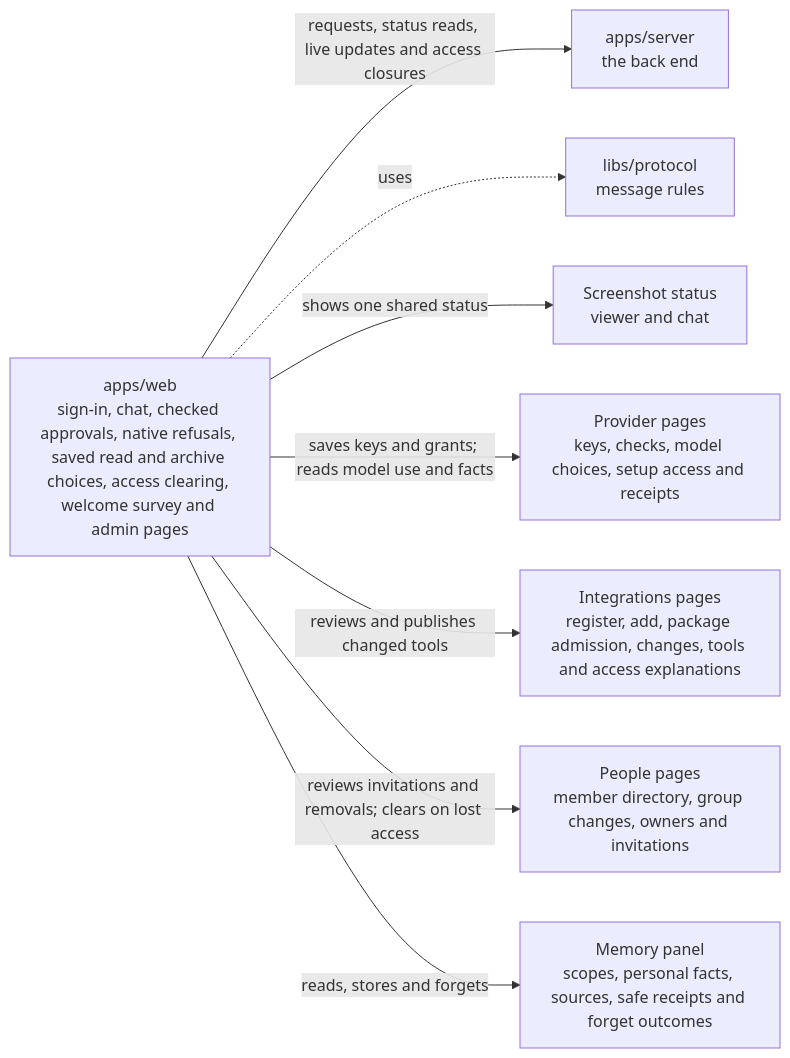
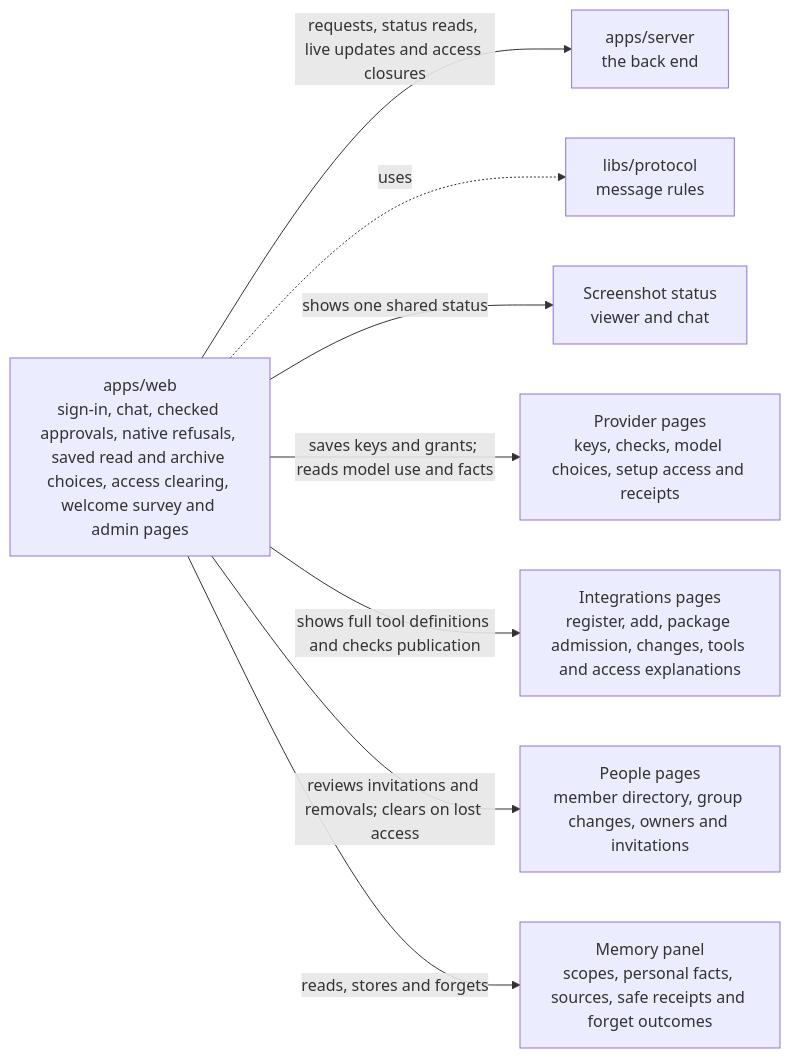
The diagram in apps/web/README.md (elewa-git/opencrane-new), drawn with Mermaid before and after one commit. The commit also changed other lines of this file and 14 other files, not shown here.

Commit message:
🛠️ Recover tool publication and show complete reviews

````diff
--- a/apps/web/README.md
+++ b/apps/web/README.md
@@ -11,10 +11,10 @@
 ```mermaid
 flowchart LR
   web["apps/web<br/>sign-in, chat, checked approvals, native refusals, saved read and archive choices, access clearing, welcome survey and admin pages"] -->|requests, status reads, live updates and access closures| server["apps/server<br/>the back end"]
   web -.->|uses| protocol["libs/protocol<br/>message rules"]
   web -->|shows one shared status| capture["Screenshot status<br/>viewer and chat"]
   web -->|saves keys and grants; reads model use and facts| providers["Provider pages<br/>keys, checks, model choices, setup access and receipts"]
-  web -->|reviews and publishes changed tools| integrations["Integrations pages<br/>register, add, package admission, changes, tools and access explanations"]
+  web -->|shows full tool definitions and checks publication| integrations["Integrations pages<br/>register, add, package admission, changes, tools and access explanations"]
   web -->|reviews invitations and removals; clears on lost access| people["People pages<br/>member directory, group changes, owners and invitations"]
   web -->|reads, stores and forgets| memory["Memory panel<br/>scopes, personal facts, sources, safe receipts and forget outcomes"]
 ```
````
